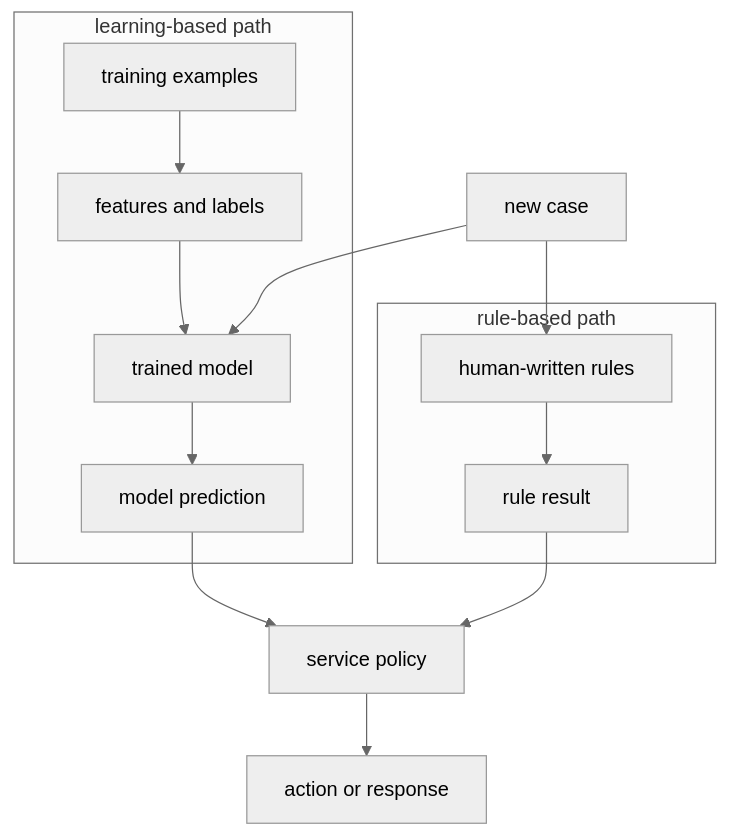
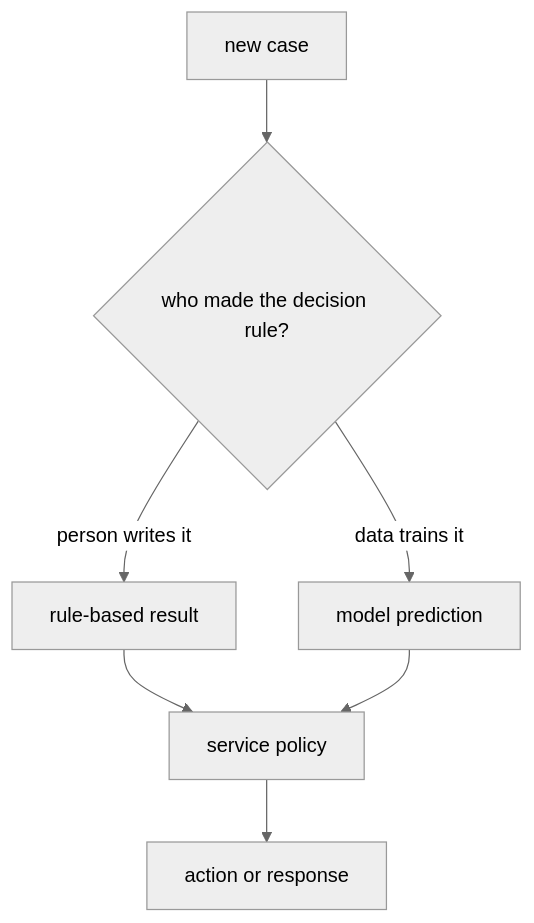
One commit to devchan64/AiBook changed the first of 2 diagrams in docs/parts/part-03/chapter-01/section-02.md. Above: the diagram before and after it, drawn with Mermaid (neutral theme). The commit also changed other lines of this file and 1 other file, not shown here.

Commit message:
docs: streamline ml and boundary diagrams

````diff
--- a/docs/parts/part-03/chapter-01/section-02.md
+++ b/docs/parts/part-03/chapter-01/section-02.md
@@ -59,24 +59,13 @@
 ```mermaid
 flowchart TD
   I["new case"]
+  P{"who made the decision rule?"}
 
-  subgraph R["rule-based path"]
-    R1["human-written rules"]
-    R2["rule result"]
-  end
+  I --> P
+  P -->|person writes it| R["rule-based result"]
+  P -->|data trains it| L["model prediction"]
 
-  subgraph L["learning-based path"]
-    L1["training examples"]
-    L2["features and labels"]
-    L3["trained model"]
-    L4["model prediction"]
-  end
-
-  D["service policy"]
-  O["action or response"]
-
-  I --> R1 --> R2 --> D
-  L1 --> L2 --> L3
-  I --> L3 --> L4 --> D
-  D --> O
+  R --> D["service policy"]
+  L --> D
+  D --> O["action or response"]
 ```
````
